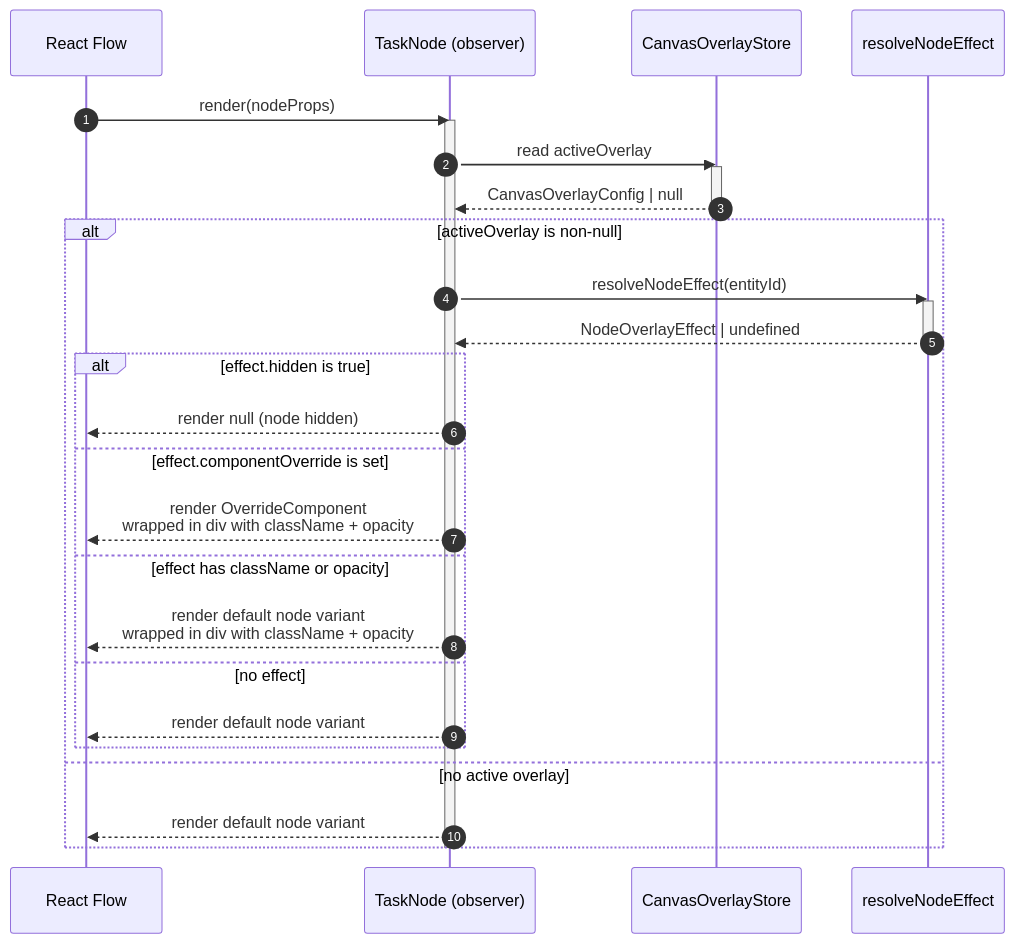
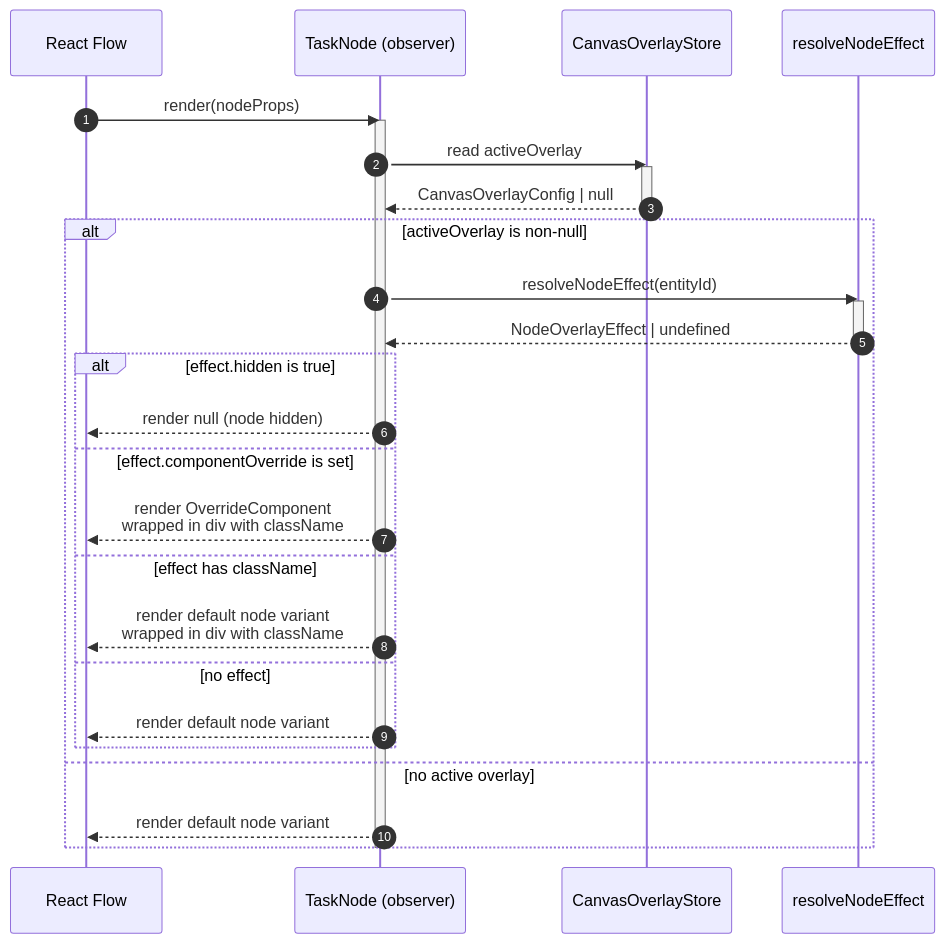
Before and after one commit to TangleML/tangle-ui: the fourth of 5 diagrams in src/routes/v2/CANVAS_OVERLAY.md, drawn with Mermaid. The commit also changed other lines of this file and 4 other files, not shown here.

````diff
--- a/src/routes/v2/CANVAS_OVERLAY.md
+++ b/src/routes/v2/CANVAS_OVERLAY.md
@@ -130,35 +130,35 @@
 ```mermaid
 sequenceDiagram
     autonumber
     participant RF as React Flow
     participant TN as TaskNode (observer)
     participant Store as CanvasOverlayStore
     participant Resolver as resolveNodeEffect
 
     RF ->> TN: render(nodeProps)
     activate TN
     TN ->> Store: read activeOverlay
     activate Store
     Store -->> TN: CanvasOverlayConfig | null
     deactivate Store
 
     alt activeOverlay is non-null
         TN ->> Resolver: resolveNodeEffect(entityId)
         activate Resolver
         Resolver -->> TN: NodeOverlayEffect | undefined
         deactivate Resolver
 
         alt effect.hidden is true
             TN -->> RF: render null (node hidden)
         else effect.componentOverride is set
-            TN -->> RF: render OverrideComponent<br/>wrapped in div with className + opacity
-        else effect has className or opacity
-            TN -->> RF: render default node variant<br/>wrapped in div with className + opacity
+            TN -->> RF: render OverrideComponent<br/>wrapped in div with className
+        else effect has className
+            TN -->> RF: render default node variant<br/>wrapped in div with className
         else no effect
             TN -->> RF: render default node variant
         end
     else no active overlay
         TN -->> RF: render default node variant
     end
     deactivate TN
 ```
````
